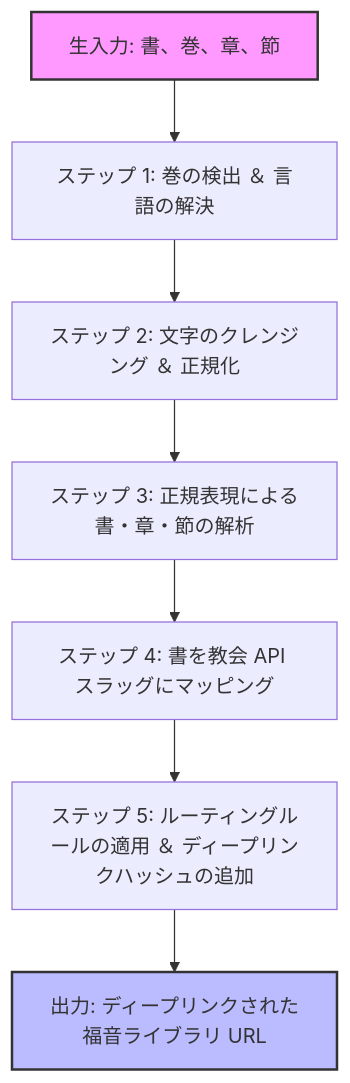
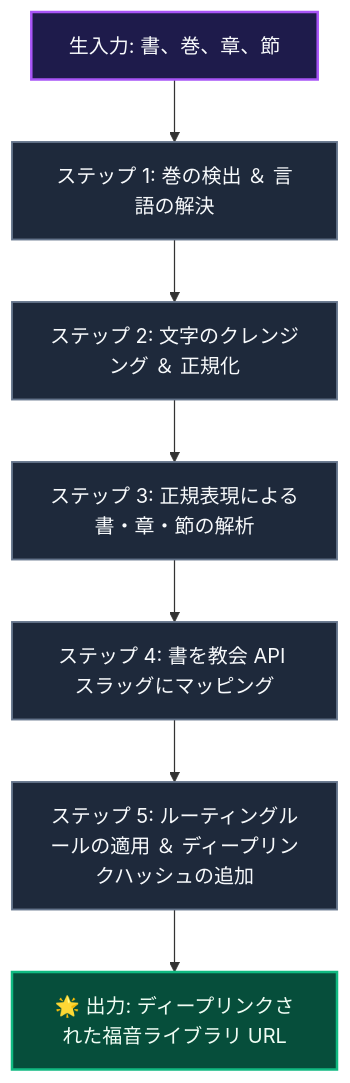
The diagram in docs/ja/gospel-library-mapper.md (ScriptureHabit/scripture-habit), drawn with Mermaid before and after one commit. The commit also changed 5 other files, not shown here.

Commit message:
docs: fix Mermaid contrast for full Dark & Light mode readability

````diff
--- a/docs/ja/gospel-library-mapper.md
+++ b/docs/ja/gospel-library-mapper.md
@@ -13,13 +13,13 @@
 ```mermaid
 flowchart TD
-    A["生入力: 書、巻、章、節"] --> B["ステップ 1: 巻の検出 ＆ 言語の解決"]
-    B --> C["ステップ 2: 文字のクレンジング ＆ 正規化"]
-    C --> D["ステップ 3: 正規表現による書・章・節の解析"]
-    D --> E["ステップ 4: 書を教会 API スラッグにマッピング"]
-    E --> F["ステップ 5: ルーティングルールの適用 ＆ ディープリンクハッシュの追加"]
-    G["出力: ディープリンクされた福音ライブラリ URL"]
-    F --> G
+    classDef input fill:#1e1b4b,stroke:#a855f7,stroke-width:2px,color:#f8fafc;
+    classDef step fill:#1e293b,stroke:#64748b,stroke-width:1.5px,color:#f8fafc;
+    classDef output fill:#064e3b,stroke:#10b981,stroke-width:2px,color:#f0fdf4;
 
-    style A fill:#f9f,stroke:#333,stroke-width:2px
-    style G fill:#bbf,stroke:#333,stroke-width:2px
+    A["生入力: 書、巻、章、節"]:::input --> B["ステップ 1: 巻の検出 ＆ 言語の解決"]:::step
+    B --> C["ステップ 2: 文字のクレンジング ＆ 正規化"]:::step
+    C --> D["ステップ 3: 正規表現による書・章・節の解析"]:::step
+    D --> E["ステップ 4: 書を教会 API スラッグにマッピング"]:::step
+    E --> F["ステップ 5: ルーティングルールの適用 ＆ ディープリンクハッシュの追加"]:::step
+    F --> G["🌟 出力: ディープリンクされた福音ライブラリ URL"]:::output
 ```
````
